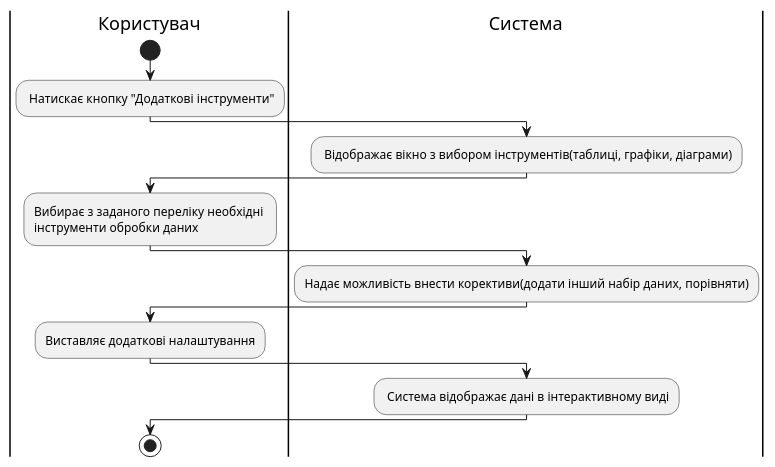
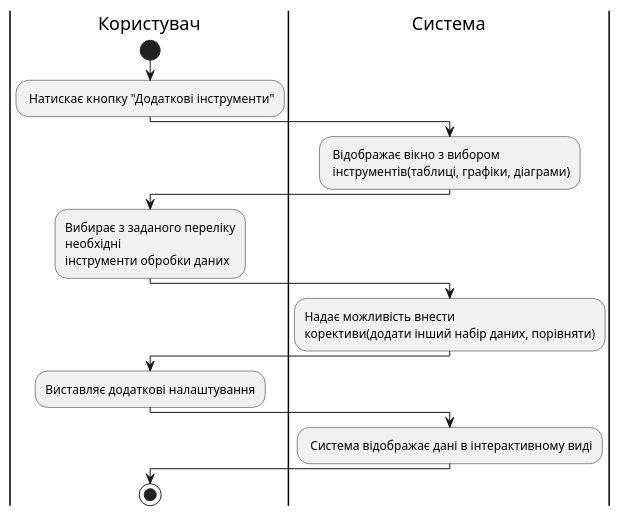
The diagram in src/uml/UC_2.1.puml (anrikolo/obd), drawn with PlantUML before and after one commit.

```diff
--- a/src/uml/UC_2.1.puml
+++ b/src/uml/UC_2.1.puml
@@ -1,18 +1,18 @@
 @startuml
 
 |Користувач|
         start
         : Натискає кнопку "Додаткові інструменти";
     |Система|
-        : Відображає вікно з вибором інструментів(таблиці, графіки, діаграми);
+        : Відображає вікно з вибором\n інструментів(таблиці, графіки, діаграми);
     |Користувач|
-        :Вибирає з заданого переліку необхідні \nінструменти обробки даних;
+        :Вибирає з заданого переліку\nнеобхідні \nінструменти обробки даних;
     |Система|
-        :Надає можливість внести корективи(додати інший набір даних, порівняти);
+        :Надає можливість внести \nкорективи(додати інший набір даних, порівняти);
     |Користувач|
         :Виставляє додаткові налаштування;
     |Система|
         : Система відображає дані в інтерактивному виді;
     |Користувач|
         stop;
 @enduml
```
